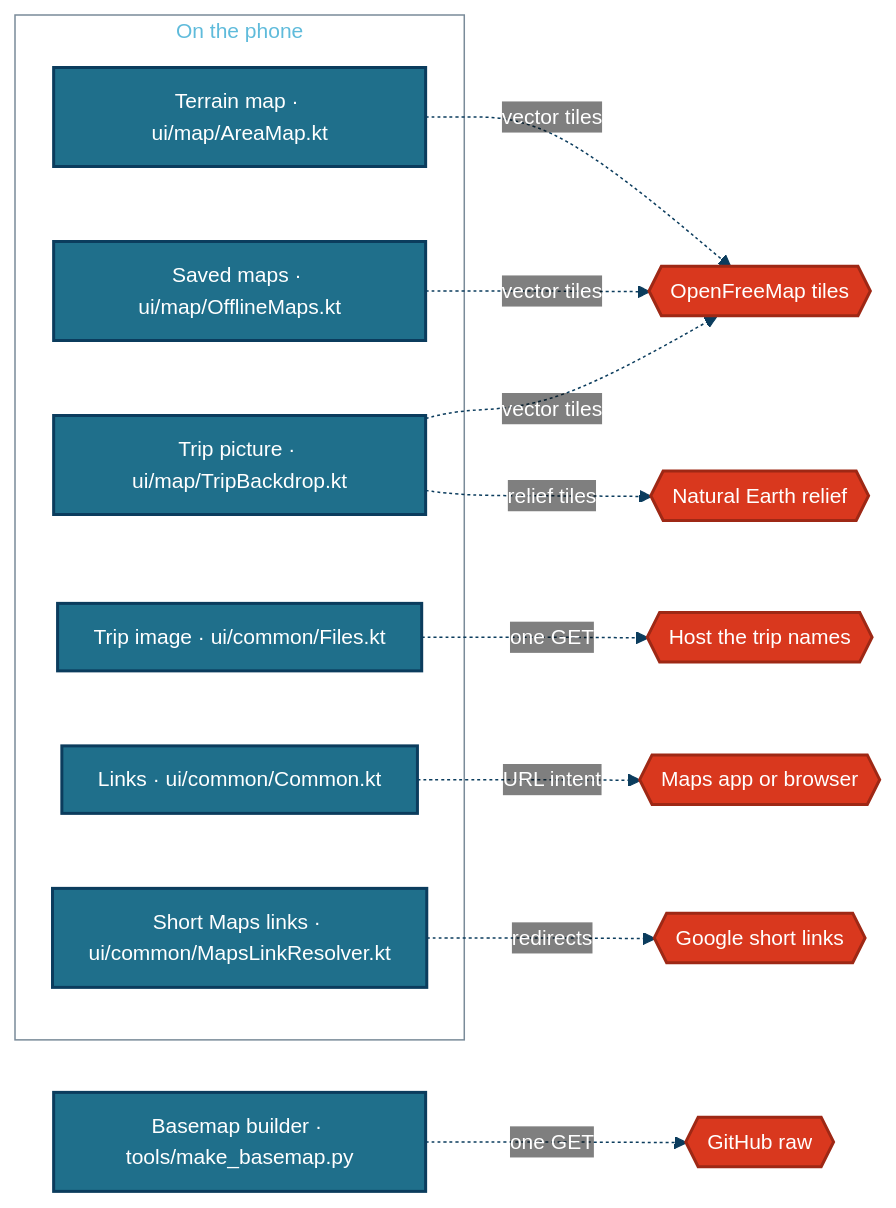
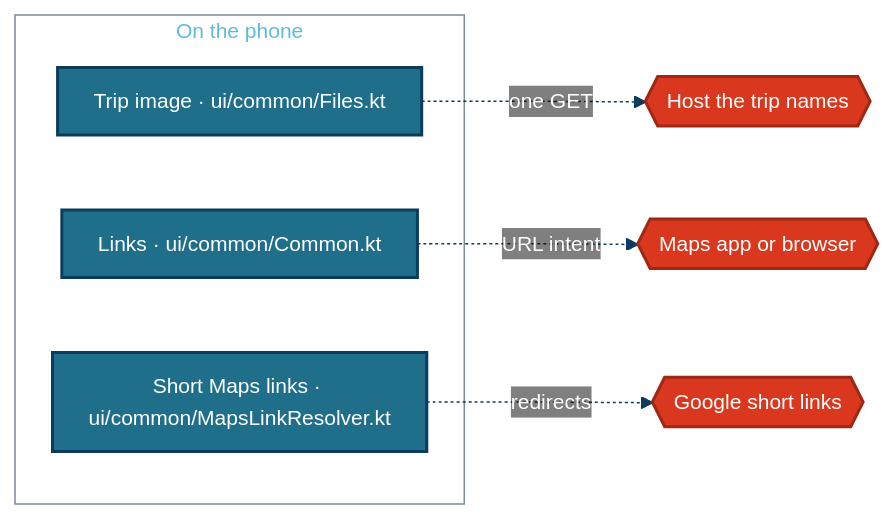
One commit to Tshort76/traveler changed the diagram in docs/visual/sources.md. Above: the diagram before and after it, drawn with Mermaid. The commit also changed other lines of this file and 35 other files, not shown here.

````diff
--- a/docs/visual/sources.md
+++ b/docs/visual/sources.md
@@ -7,30 +7,18 @@
 ```mermaid
 %%{init: {"theme": "base", "themeVariables": {"fontSize": "14px", "lineColor": "#0B3C5D", "primaryColor": "#1F6F8B", "primaryTextColor": "#FFFFFF", "primaryBorderColor": "#0B3C5D", "clusterBkg": "transparent", "clusterBorder": "#7A8B99", "edgeLabelBackground": "transparent", "actorBkg": "#E06D14", "actorTextColor": "#1A1A1A", "actorBorder": "#A64F0E", "signalColor": "#0B3C5D", "signalTextColor": "#0B3C5D", "labelBoxBkgColor": "#1F6F8B", "labelTextColor": "#FFFFFF"}, "flowchart": {"curve": "basis", "padding": 12}} }%%
 flowchart LR
   subgraph phone["On the phone"]
-    AREA["Terrain map · ui/map/AreaMap.kt"]
-    OFF["Saved maps · ui/map/OfflineMaps.kt"]
-    BACK["Trip picture · ui/map/TripBackdrop.kt"]
     IMG["Trip image · ui/common/Files.kt"]
     LINKS["Links · ui/common/Common.kt"]
     SHORT["Short Maps links · ui/common/MapsLinkResolver.kt"]
   end
-  BASEMAP["Basemap builder · tools/make_basemap.py"]
-  OFM{{"OpenFreeMap tiles"}}
-  NE{{"Natural Earth relief"}}
   HOST{{"Host the trip names"}}
   APPS{{"Maps app or browser"}}
-  GH{{"GitHub raw"}}
-  AREA -. "vector tiles" .-> OFM
-  OFF -. "vector tiles" .-> OFM
-  BACK -. "vector tiles" .-> OFM
-  BACK -. "relief tiles" .-> NE
   IMG -. "one GET" .-> HOST
   LINKS -. "URL intent" .-> APPS
   SHORT -. "redirects" .-> GOOG{{"Google short links"}}
-  BASEMAP -. "one GET" .-> GH
   classDef stage fill:#1F6F8B,stroke:#0B3C5D,stroke-width:2px,color:#ffffff
   classDef ext fill:#D9381E,stroke:#9E2815,stroke-width:2px,color:#ffffff
-  class AREA,OFF,BACK,IMG,LINKS,SHORT,BASEMAP stage
-  class OFM,NE,HOST,APPS,GH,GOOG ext
+  class IMG,LINKS,SHORT stage
+  class HOST,APPS,GOOG ext
 ```
````
